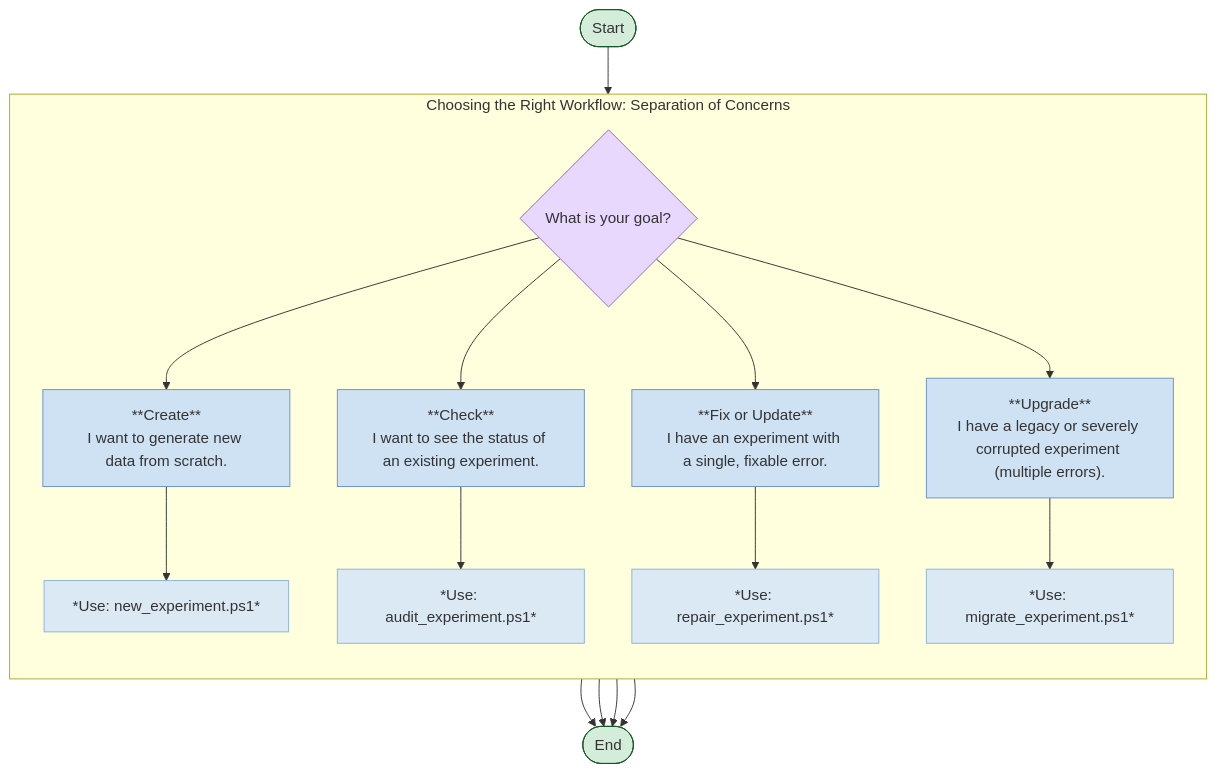
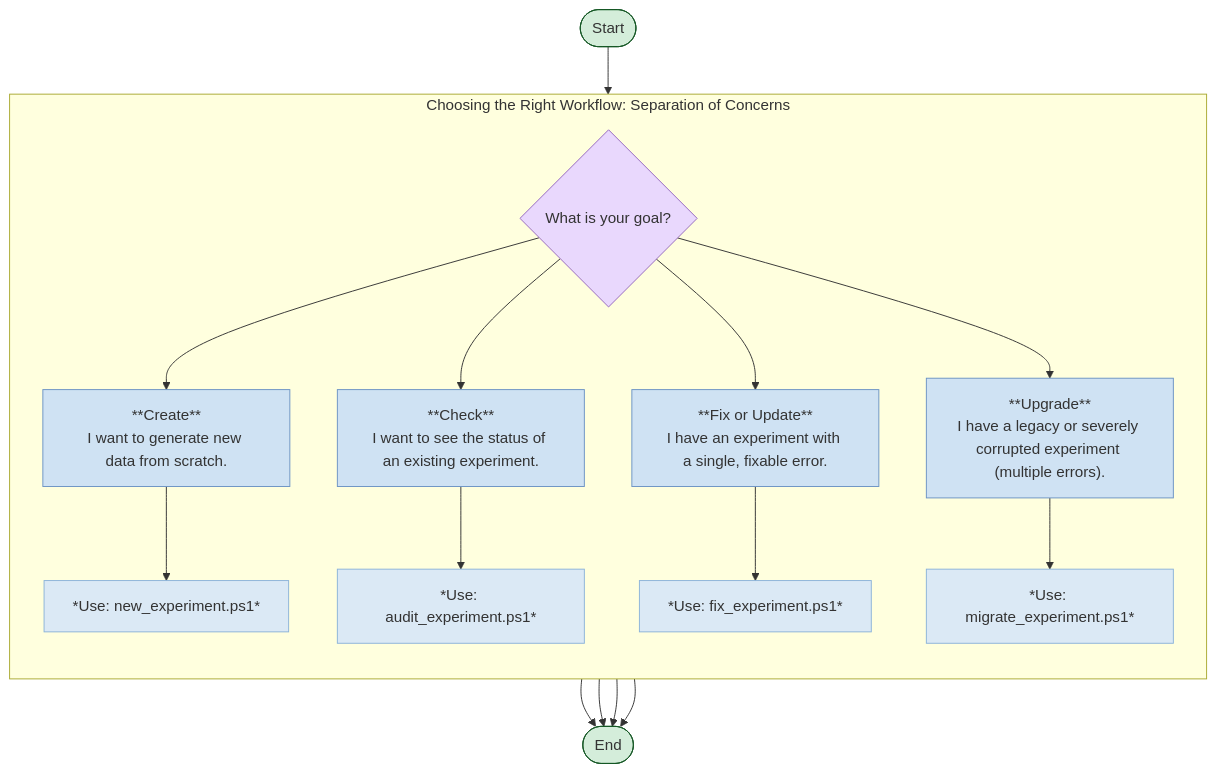
Before and after one commit to peterjmarko/llm-narrative-framework: the diagram in docs/diagrams/logic_workflow_chooser.mmd, drawn with Mermaid. The commit also changed 11 other files, not shown here.

```diff
--- a/docs/diagrams/logic_workflow_chooser.mmd
+++ b/docs/diagrams/logic_workflow_chooser.mmd
@@ -1,52 +1,52 @@
 graph TD
     %% --- Style Definitions ---
     classDef start_end_node fill:#d4edda,stroke:#155724;
     classDef decision_node fill:#e9d8fd,stroke:#9467bd,color:#333;
     classDef case_node fill:#cfe2f3,stroke:#6c93c4,color:#333;
     classDef instruction_node fill:#dbe9f5,stroke:#8cb3d9,color:#333;
     classDef purpose_node fill:#f0f0f0,stroke:#9e9e9e,color:#333;
 
     %% === Nodes for Decision Tree Workflow ===
     start_node(["Start"]):::start_end_node;
 
     subgraph "Choosing the Right Workflow: Separation of Concerns"
         direction TB
 
         main_decision{"What is your goal?"}:::decision_node
 
         %% Branch 1: Create
         case_1["**Create**<br/>I want to generate new data from scratch."]:::case_node
         instruction_1["*Use: new_experiment.ps1*"]:::instruction_node
         
         %% Branch 2: Check
         case_2["**Check**<br/>I want to see the status of an existing experiment."]:::case_node
         instruction_2["*Use: audit_experiment.ps1*"]:::instruction_node
 
         %% Branch 3: Fix / Update
         case_3["**Fix or Update**<br/>I have an experiment with a single, fixable error."]:::case_node
-        instruction_3["*Use: repair_experiment.ps1*"]:::instruction_node
+        instruction_3["*Use: fix_experiment.ps1*"]:::instruction_node
 
         %% Branch 4: Upgrade
         case_4["**Upgrade**<br/>I have a legacy or severely corrupted experiment (multiple errors)."]:::case_node
         instruction_4["*Use: migrate_experiment.ps1*"]:::instruction_node
     end
 
     end_node(["End"]):::start_end_node;
 
     %% === Connections ===
     start_node --> main_decision;
 
     main_decision --> case_1;
     main_decision --> case_2;
     main_decision --> case_3;
     main_decision --> case_4;
 
     case_1 --> instruction_1;
     case_2 --> instruction_2;
     case_3 --> instruction_3;
     case_4 --> instruction_4;
     
     instruction_1 --> end_node;
     instruction_2 --> end_node;
     instruction_3 --> end_node;
     instruction_4 --> end_node;
```
